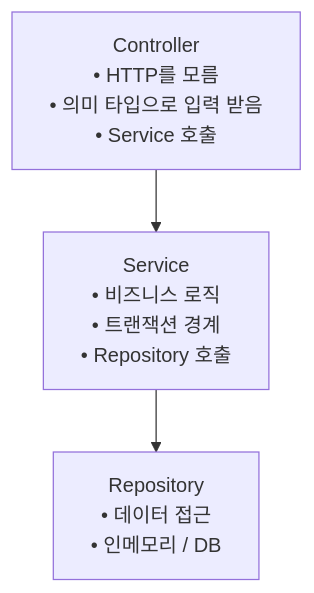
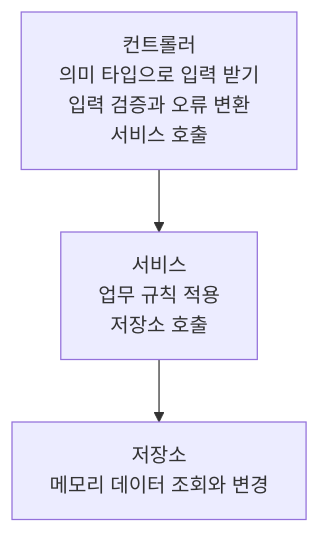
One commit to NARUBROWN/spine-site changed the diagram in docs/ko/reference/examples/crud.md. Above: the diagram before and after it, drawn with Mermaid. The commit also changed other lines of this file and 158 other files, not shown here.

````diff
--- a/docs/ko/reference/examples/crud.md
+++ b/docs/ko/reference/examples/crud.md
@@ -9,11 +13,11 @@
 ```mermaid
 graph TD
-    Controller["Controller<br/>• HTTP를 모름<br/>• 의미 타입으로 입력 받음<br/>• Service 호출"]
-    
-    Service["Service<br/>• 비즈니스 로직<br/>• 트랜잭션 경계<br/>• Repository 호출"]
-    
-    Repository["Repository<br/>• 데이터 접근<br/>• 인메모리 / DB"]
-    
+    Controller["컨트롤러<br/>의미 타입으로 입력 받기<br/>입력 검증과 오류 변환<br/>서비스 호출"]
+
+    Service["서비스<br/>업무 규칙 적용<br/>저장소 호출"]
+
+    Repository["저장소<br/>메모리 데이터 조회와 변경"]
+
     Controller --> Service
     Service --> Repository
 ```
````
